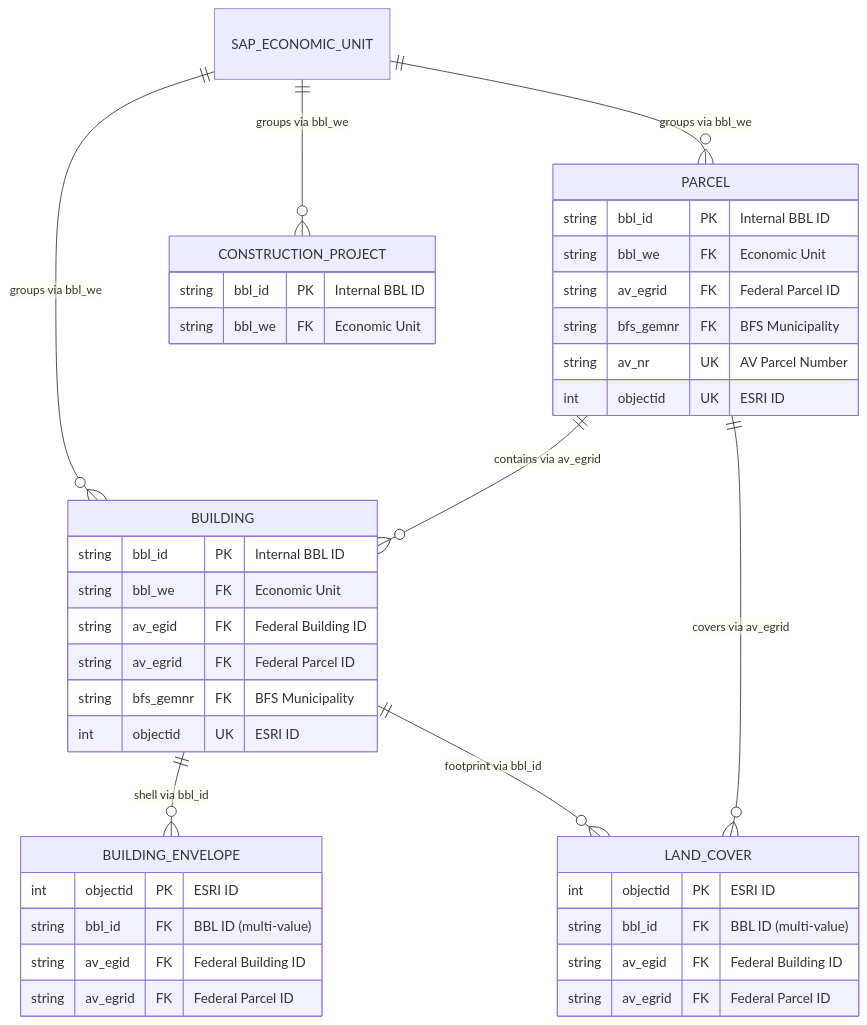
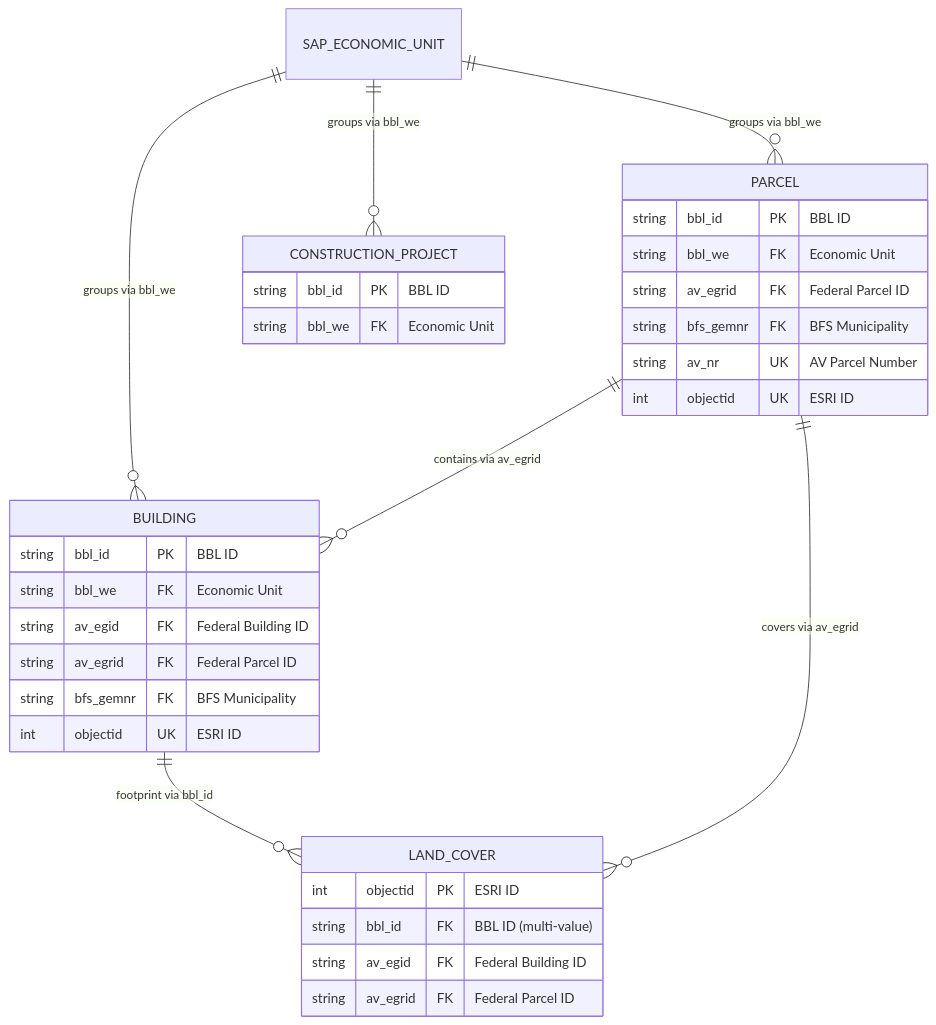
Before and after one commit to bbl-dres/property-inventory: the diagram in docs/DATAMODEL.md, drawn with Mermaid. The commit also changed other lines of this file and 24 other files, not shown here.

````diff
--- a/docs/DATAMODEL.md
+++ b/docs/DATAMODEL.md
@@ -226,47 +40,39 @@
 ```mermaid
 erDiagram
     SAP_ECONOMIC_UNIT ||--o{ BUILDING : "groups via bbl_we"
     SAP_ECONOMIC_UNIT ||--o{ PARCEL : "groups via bbl_we"
     SAP_ECONOMIC_UNIT ||--o{ CONSTRUCTION_PROJECT : "groups via bbl_we"
     PARCEL ||--o{ BUILDING : "contains via av_egrid"
-    BUILDING ||--o{ BUILDING_ENVELOPE : "shell via bbl_id"
     BUILDING ||--o{ LAND_COVER : "footprint via bbl_id"
     PARCEL ||--o{ LAND_COVER : "covers via av_egrid"
 
     BUILDING {
-        string bbl_id PK "Internal BBL ID"
+        string bbl_id PK "BBL ID"
         string bbl_we FK "Economic Unit"
         string av_egid FK "Federal Building ID"
         string av_egrid FK "Federal Parcel ID"
         string bfs_gemnr FK "BFS Municipality"
         int objectid UK "ESRI ID"
     }
 
     PARCEL {
-        string bbl_id PK "Internal BBL ID"
+        string bbl_id PK "BBL ID"
         string bbl_we FK "Economic Unit"
         string av_egrid FK "Federal Parcel ID"
         string bfs_gemnr FK "BFS Municipality"
         string av_nr UK "AV Parcel Number"
         int objectid UK "ESRI ID"
     }
 
     LAND_COVER {
         int objectid PK "ESRI ID"
         string bbl_id FK "BBL ID (multi-value)"
         string av_egid FK "Federal Building ID"
         string av_egrid FK "Federal Parcel ID"
     }
 
-    BUILDING_ENVELOPE {
-        int objectid PK "ESRI ID"
-        string bbl_id FK "BBL ID (multi-value)"
-        string av_egid FK "Federal Building ID"
-        string av_egrid FK "Federal Parcel ID"
-    }
-
     CONSTRUCTION_PROJECT {
-        string bbl_id PK "Internal BBL ID"
+        string bbl_id PK "BBL ID"
         string bbl_we FK "Economic Unit"
     }
 ```
````
